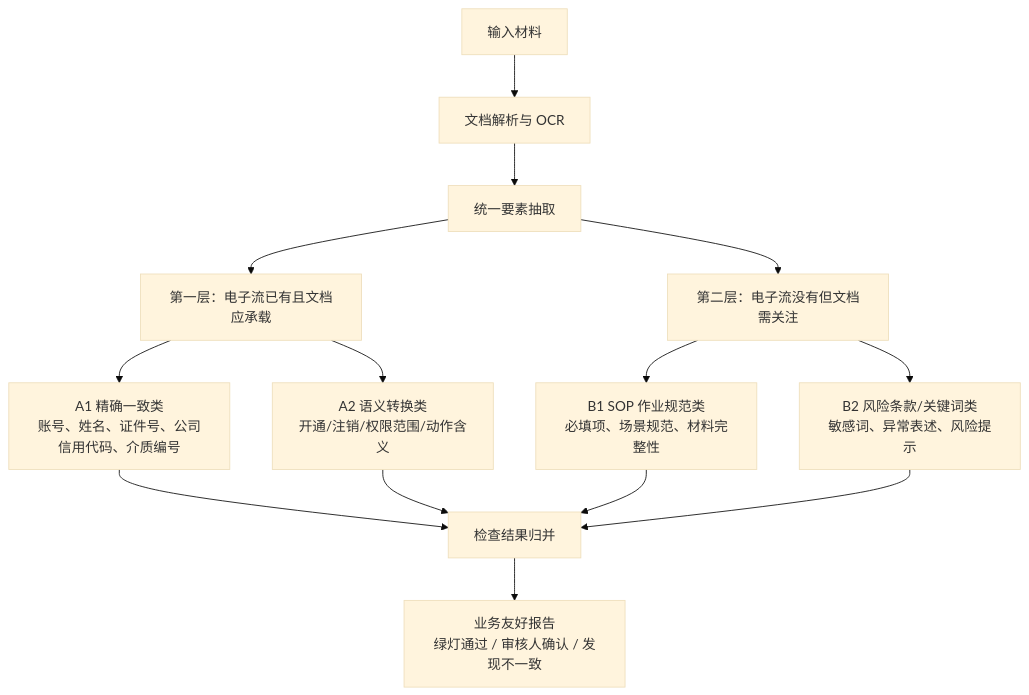
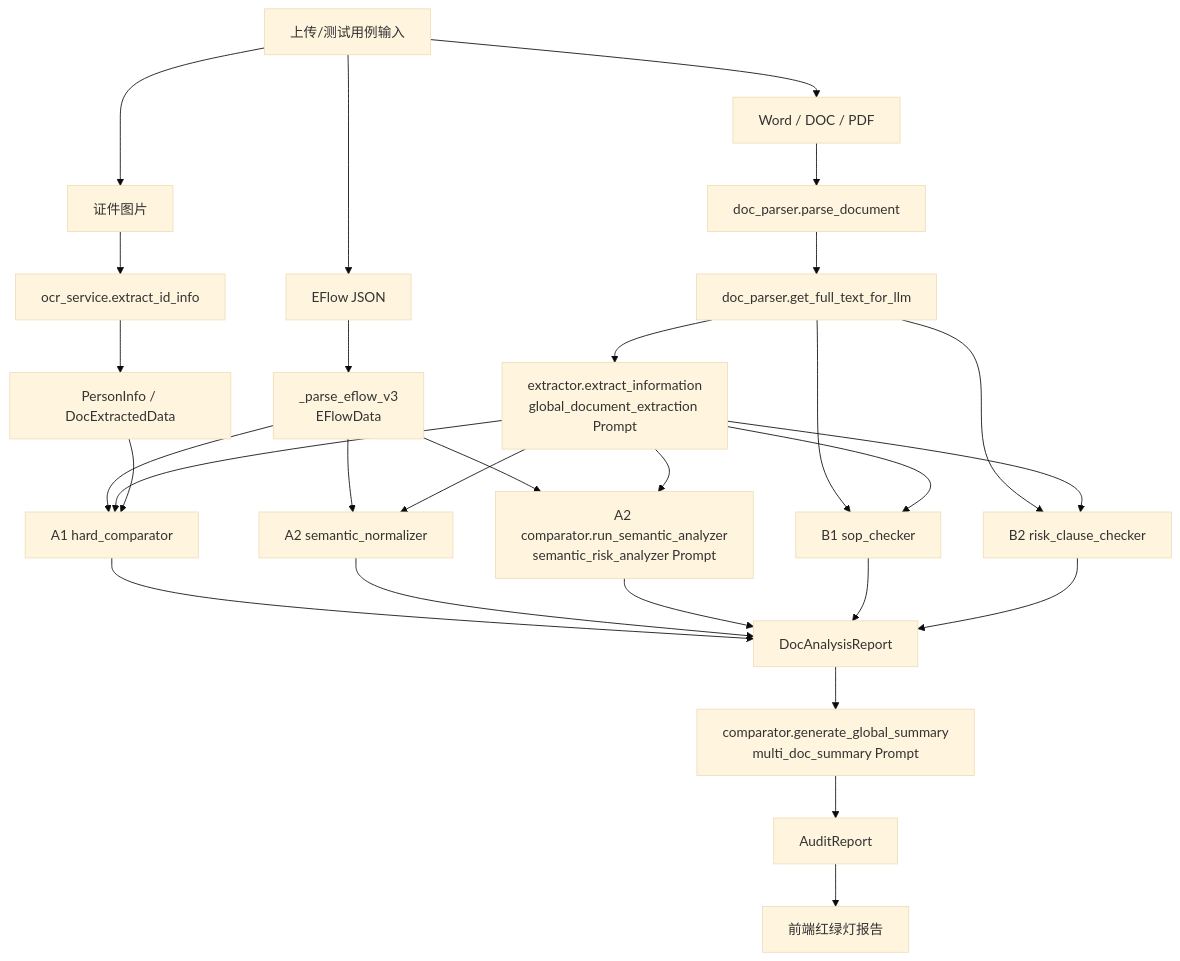
One commit to LuluCJJ/contract_handle changed the diagram in docs/后端提取与检查分层方案.md. Above: the diagram before and after it, drawn with Mermaid (base theme). The commit also changed other lines of this file and 14 other files, not shown here.

Commit message:
Implement layered audit checks and report docs

````diff
--- a/docs/后端提取与检查分层方案.md
+++ b/docs/后端提取与检查分层方案.md
@@ -28,20 +31,37 @@
 ```mermaid
 flowchart TD
-    A["输入材料"] --> B["文档解析与 OCR"]
-    B --> C["统一要素抽取"]
+    A["上传/测试用例输入"] --> B["EFlow JSON"]
+    A --> C["Word / DOC / PDF"]
+    A --> D["证件图片"]
 
-    C --> L1["第一层：电子流已有且文档应承载"]
-    C --> L2["第二层：电子流没有但文档需关注"]
+    B --> B1["_parse_eflow_v3<br/>EFlowData"]
+    C --> C1["doc_parser.parse_document"]
+    C1 --> C2["doc_parser.get_full_text_for_llm"]
+    C2 --> C3["extractor.extract_information<br/>global_document_extraction Prompt"]
+    D --> D1["ocr_service.extract_id_info"]
+    D1 --> D2["PersonInfo / DocExtractedData"]
 
-    L1 --> A1["A1 精确一致类<br/>账号、姓名、证件号、公司信用代码、介质编号"]
-    L1 --> A2["A2 语义转换类<br/>开通/注销/权限范围/动作含义"]
+    B1 --> E1["A1 hard_comparator"]
+    C3 --> E1
+    D2 --> E1
 
-    L2 --> B1["B1 SOP 作业规范类<br/>必填项、场景规范、材料完整性"]
-    L2 --> B2["B2 风险条款/关键词类<br/>敏感词、异常表述、风险提示"]
+    B1 --> E2["A2 semantic_normalizer"]
+    C3 --> E2
+    B1 --> E3["A2 comparator.run_semantic_analyzer<br/>semantic_risk_analyzer Prompt"]
+    C3 --> E3
 
-    A1 --> R["检查结果归并"]
-    A2 --> R
-    B1 --> R
-    B2 --> R
-    R --> O["业务友好报告<br/>绿灯通过 / 审核人确认 / 发现不一致"]
+    C2 --> E4["B1 sop_checker"]
+    C3 --> E4
+    C2 --> E5["B2 risk_clause_checker"]
+    C3 --> E5
+
+    E1 --> F["DocAnalysisReport"]
+    E2 --> F
+    E3 --> F
+    E4 --> F
+    E5 --> F
+
+    F --> G["comparator.generate_global_summary<br/>multi_doc_summary Prompt"]
+    G --> H["AuditReport"]
+    H --> I["前端红绿灯报告"]
 ```
````
